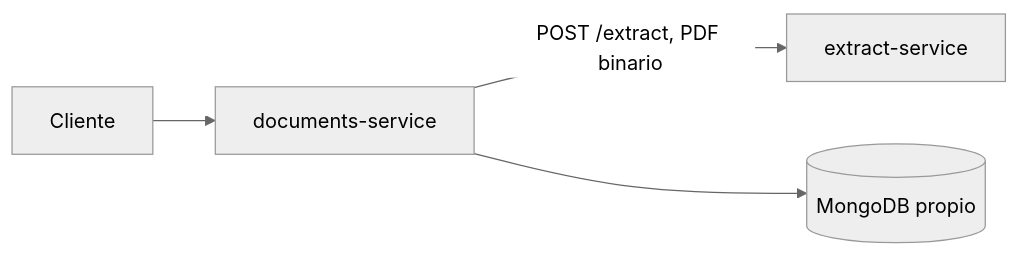
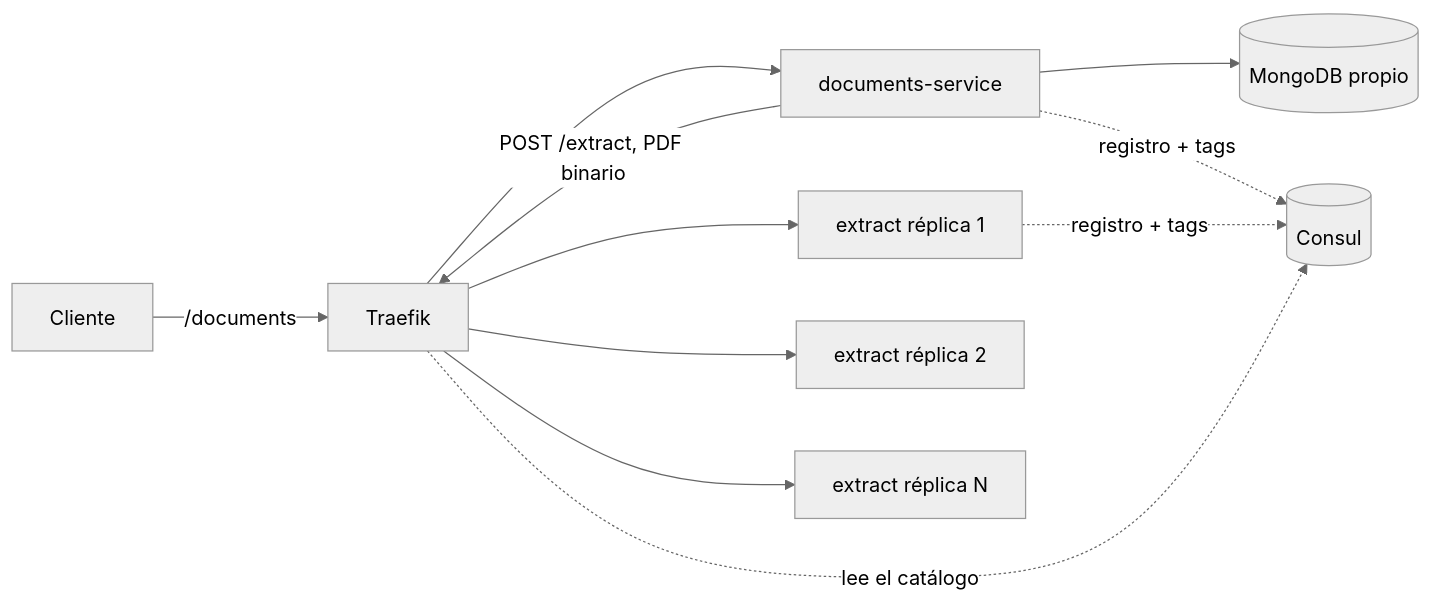
One commit to OlivettiSantino/documents-service changed the diagram in README.md. Above: the diagram before and after it, drawn with Mermaid (neutral theme). The commit also changed other lines of this file, not shown here.

Commit message:
docs(readme): documentar la llamada a extract a través de Traefik

````diff
--- a/README.md
+++ b/README.md
@@ -19,6 +19,13 @@
 ```mermaid
 flowchart LR
-  C[Cliente] --> D[documents-service]
-  D -->|POST /extract, PDF binario| E[extract-service]
+  C[Cliente] -->|/documents| T[Traefik]
+  T --> D[documents-service]
+  D -->|POST /extract, PDF binario| T
+  T --> E1[extract réplica 1]
+  T --> E2[extract réplica 2]
+  T --> EN[extract réplica N]
   D --> M[(MongoDB propio)]
+  D -. registro + tags .-> K[(Consul)]
+  E1 -. registro + tags .-> K
+  T -. lee el catálogo .-> K
 ```
````
